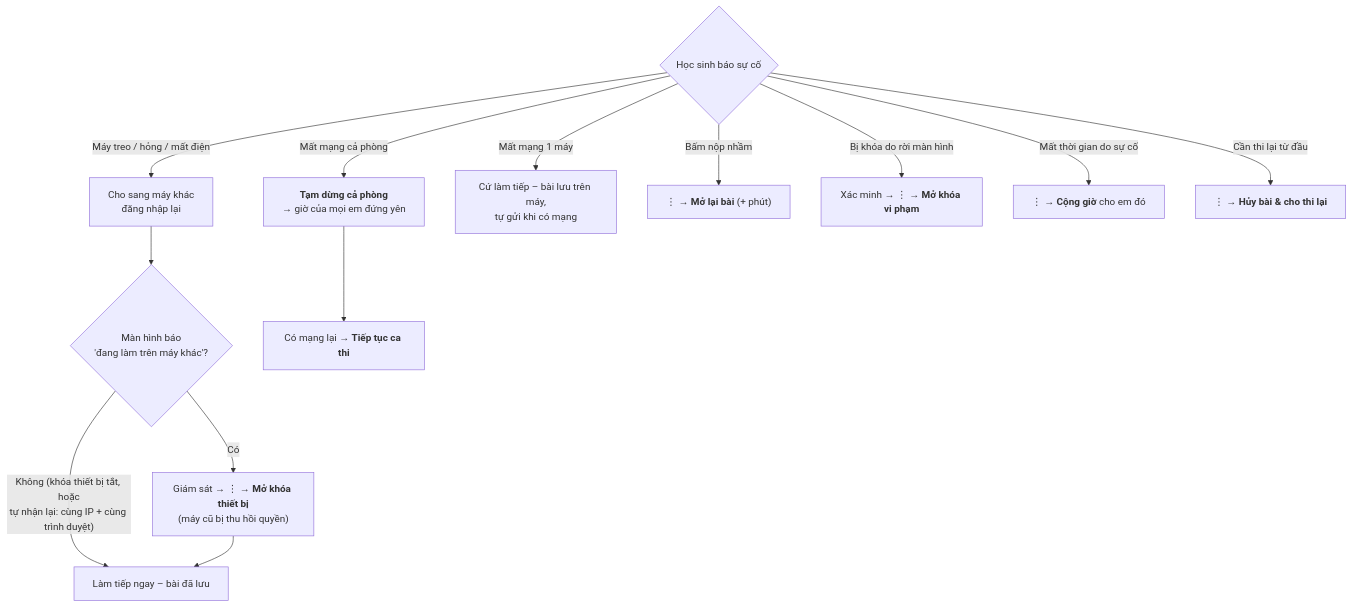
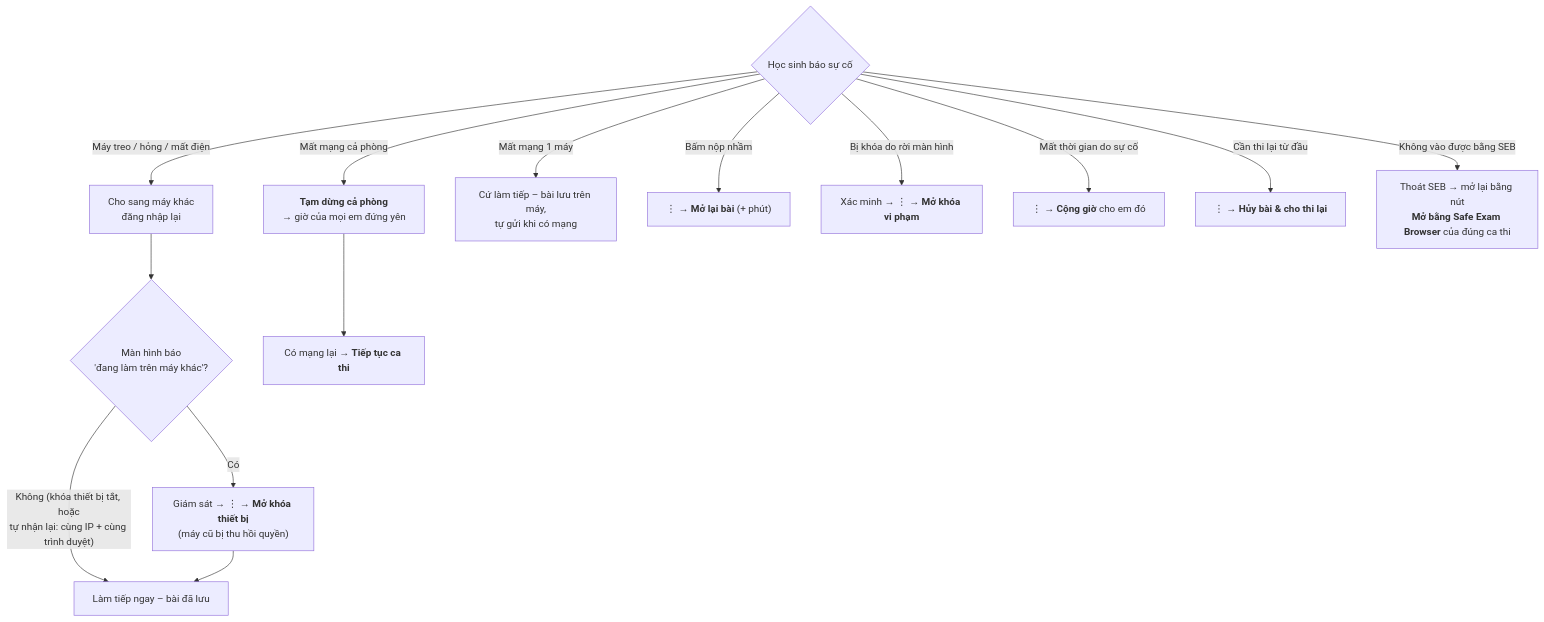
The second of 3 diagrams in docs/HUONG-DAN-SU-DUNG.md (tlearnvn/web-thi-tracnghiem-totnghiep), drawn with Mermaid before and after one commit. The commit also changed other lines of this file and 29 other files, not shown here.

First line of the commit message:
Bắt buộc làm bài bằng Safe Exam Browser (tùy chọn theo ca thi)

````diff
--- a/docs/HUONG-DAN-SU-DUNG.md
+++ b/docs/HUONG-DAN-SU-DUNG.md
@@ -229,15 +260,16 @@
 ```mermaid
 flowchart TD
     Q{"Học sinh báo sự cố"} -->|"Máy treo / hỏng / mất điện"| A["Cho sang máy khác<br/>đăng nhập lại"]
     A --> A2{"Màn hình báo<br/>'đang làm trên máy khác'?"}
     A2 -->|Có| A3["Giám sát → ⋮ → <b>Mở khóa thiết bị</b><br/>(máy cũ bị thu hồi quyền)"]
     A2 -->|"Không (khóa thiết bị tắt, hoặc<br/>tự nhận lại: cùng IP + cùng trình duyệt)"| A4["Làm tiếp ngay – bài đã lưu"]
     A3 --> A4
     Q -->|"Mất mạng cả phòng"| B["<b>Tạm dừng cả phòng</b><br/>→ giờ của mọi em đứng yên"]
     B --> B2["Có mạng lại → <b>Tiếp tục ca thi</b>"]
     Q -->|"Mất mạng 1 máy"| C["Cứ làm tiếp – bài lưu trên máy,<br/>tự gửi khi có mạng"]
     Q -->|"Bấm nộp nhầm"| D["⋮ → <b>Mở lại bài</b> (+ phút)"]
     Q -->|"Bị khóa do rời màn hình"| E["Xác minh → ⋮ → <b>Mở khóa vi phạm</b>"]
     Q -->|"Mất thời gian do sự cố"| F["⋮ → <b>Cộng giờ</b> cho em đó"]
     Q -->|"Cần thi lại từ đầu"| G["⋮ → <b>Hủy bài & cho thi lại</b>"]
+    Q -->|"Không vào được bằng SEB"| H["Thoát SEB → mở lại bằng nút<br/><b>Mở bằng Safe Exam Browser</b> của đúng ca thi"]
 ```
````
